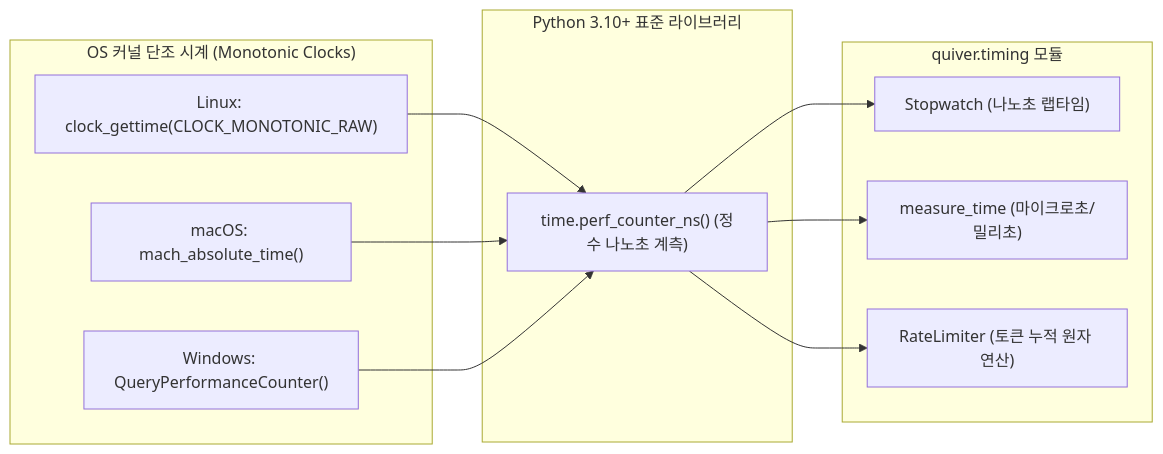
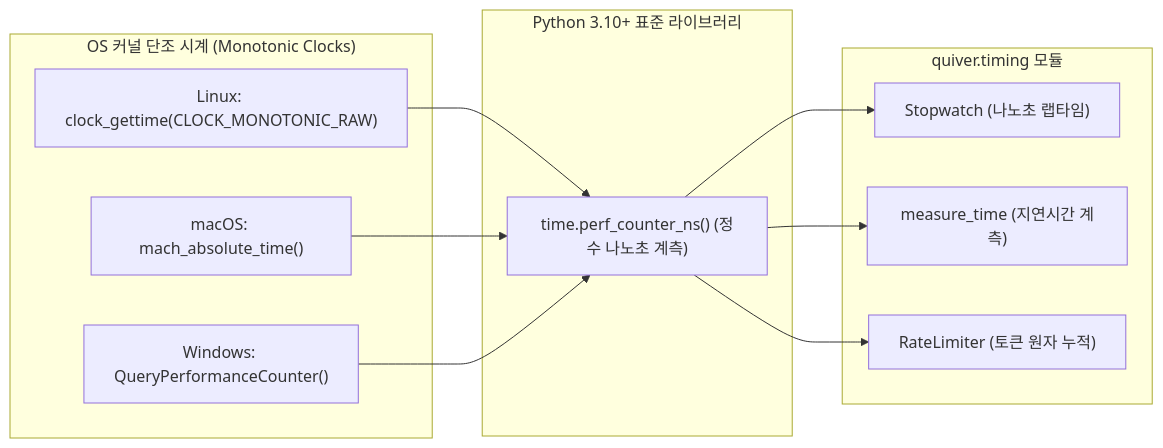
Before and after one commit to ozplayground/python-package: the first of 2 diagrams in docs/quiver/devops-engineer/01_DEPLOYMENT_SPEC.md, drawn with Mermaid. The commit also changed other lines of this file and 53 other files, not shown here.

````diff
--- a/docs/quiver/devops-engineer/01_DEPLOYMENT_SPEC.md
+++ b/docs/quiver/devops-engineer/01_DEPLOYMENT_SPEC.md
@@ -281,25 +289,25 @@
 ```mermaid
 flowchart LR
     subgraph OS_Kernel["OS 커널 단조 시계 (Monotonic Clocks)"]
         LinuxClock["Linux: clock_gettime(CLOCK_MONOTONIC_RAW)"]
         MacClock["macOS: mach_absolute_time()"]
         WinClock["Windows: QueryPerformanceCounter()"]
     end
 
     subgraph PyRuntime["Python 3.10+ 표준 라이브러리"]
         PerfCounter["time.perf_counter_ns() (정수 나노초 계측)"]
     end
 
     subgraph QuiverTiming["quiver.timing 모듈"]
         SW["Stopwatch (나노초 랩타임)"]
-        MT["measure_time (마이크로초/밀리초)"]
-        RL["RateLimiter (토큰 누적 원자 연산)"]
+        MT["measure_time (지연시간 계측)"]
+        RL["RateLimiter (토큰 원자 누적)"]
     end
 
     LinuxClock --> PerfCounter
     MacClock --> PerfCounter
     WinClock --> PerfCounter
     PerfCounter --> SW
     PerfCounter --> MT
     PerfCounter --> RL
 ```
````
